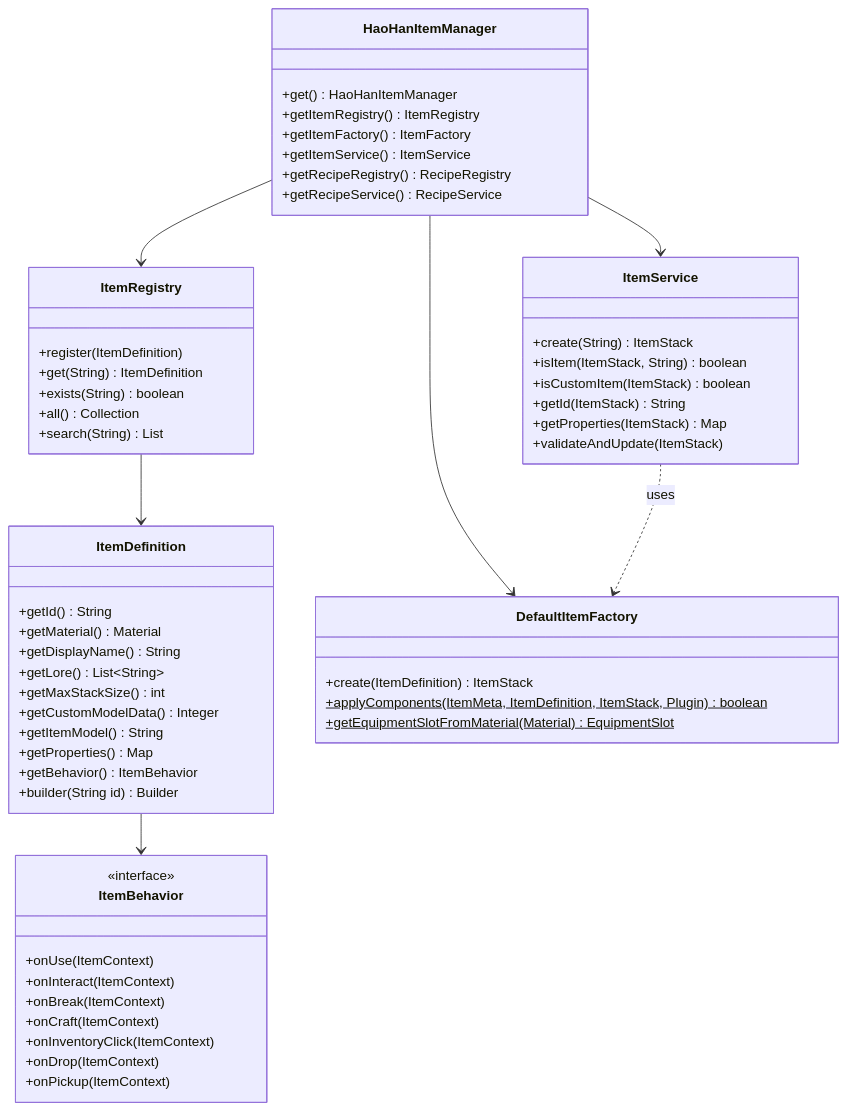
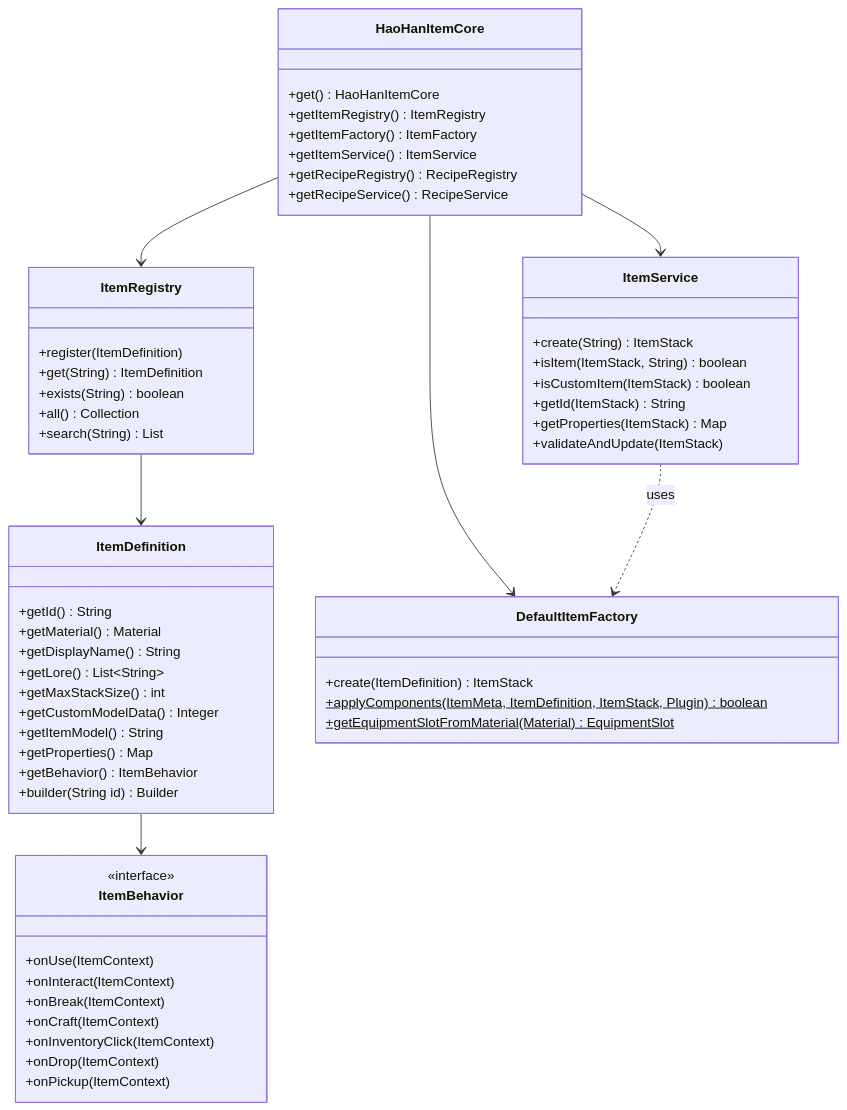
The diagram in API_DOCUMENTATION.md (Hao-Han-SMP/HaoHanItemCore), drawn with Mermaid before and after one commit. The commit also changed other lines of this file and 72 other files, not shown here.

````diff
--- a/API_DOCUMENTATION.md
+++ b/API_DOCUMENTATION.md
@@ -401,59 +401,59 @@
 ```mermaid
 classDiagram
-    class HaoHanItemManager {
-        +get() HaoHanItemManager
+    class HaoHanItemCore {
+        +get() HaoHanItemCore
         +getItemRegistry() ItemRegistry
         +getItemFactory() ItemFactory
         +getItemService() ItemService
         +getRecipeRegistry() RecipeRegistry
         +getRecipeService() RecipeService
     }
     class ItemDefinition {
         +getId() String
         +getMaterial() Material
         +getDisplayName() String
         +getLore() List~String~
         +getMaxStackSize() int
         +getCustomModelData() Integer
         +getItemModel() String
         +getProperties() Map
         +getBehavior() ItemBehavior
         +builder(String id) Builder
     }
     class ItemRegistry {
         +register(ItemDefinition)
         +get(String) ItemDefinition
         +exists(String) boolean
         +all() Collection
         +search(String) List
     }
     class ItemService {
         +create(String) ItemStack
         +isItem(ItemStack, String) boolean
         +isCustomItem(ItemStack) boolean
         +getId(ItemStack) String
         +getProperties(ItemStack) Map
         +validateAndUpdate(ItemStack)
     }
     class DefaultItemFactory {
         +create(ItemDefinition) ItemStack
         +applyComponents(ItemMeta, ItemDefinition, ItemStack, Plugin) boolean$
         +getEquipmentSlotFromMaterial(Material) EquipmentSlot$
     }
     class ItemBehavior {
         <<interface>>
         +onUse(ItemContext)
         +onInteract(ItemContext)
         +onBreak(ItemContext)
         +onCraft(ItemContext)
         +onInventoryClick(ItemContext)
         +onDrop(ItemContext)
         +onPickup(ItemContext)
     }
-    HaoHanItemManager --> ItemRegistry
-    HaoHanItemManager --> ItemService
-    HaoHanItemManager --> DefaultItemFactory
+    HaoHanItemCore --> ItemRegistry
+    HaoHanItemCore --> ItemService
+    HaoHanItemCore --> DefaultItemFactory
     ItemRegistry --> ItemDefinition
     ItemDefinition --> ItemBehavior
     ItemService ..> DefaultItemFactory : uses
 ```
````
